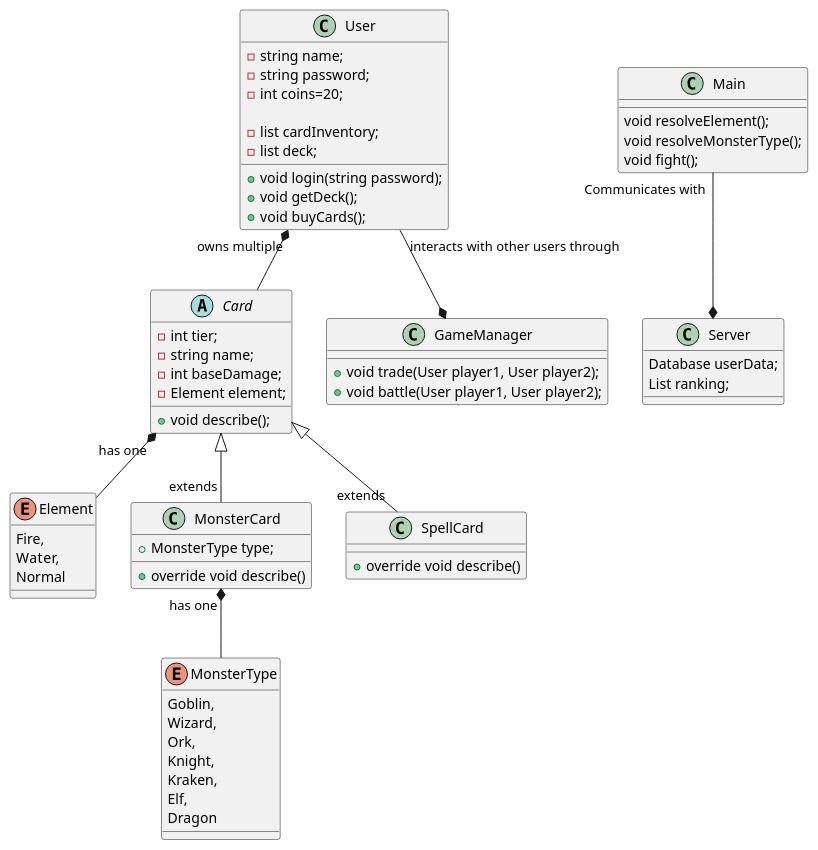
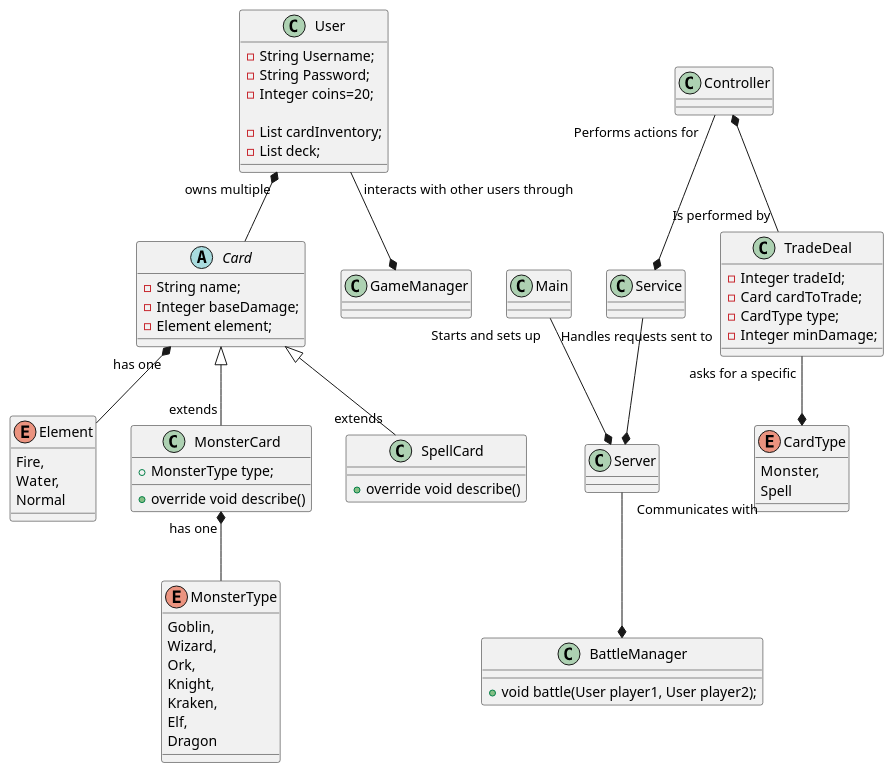
The diagram in src/main/java/test.puml (pjn2003/MCTG), drawn with PlantUML before and after one commit. The commit also changed 67 other files, not shown here.

```diff
--- a/src/main/java/test.puml
+++ b/src/main/java/test.puml
@@ -1,86 +1,113 @@
 @startuml
 class User {
--string name;
--string password;
--int coins=20;
+-String Username;
+-String Password;
+-Integer coins=20;
 
--list cardInventory;
--list deck;
-+void login(string password);
-+void getDeck();
-+void buyCards();
+-List cardInventory;
+-List deck;
 }
 
 enum Element{
 Fire,
 Water,
 Normal
 }
 
 abstract class Card
 {
 
--int tier;
--string name;
--int baseDamage;
+
+-String name;
+-Integer baseDamage;
 -Element element;
 
-+void describe();
+
 
 }
 
-class GameManager
+class BattleManager
 {
-    +void trade(User player1, User player2);
+
     +void battle(User player1, User player2);
 }
 
 class Main
 {
-    void resolveElement();
-    void resolveMonsterType();
-    void fight();
+
+}
+enum CardType
+{
+        Monster,
+        Spell
+}
+class TradeDeal
+{
+
+
+
+    -Integer tradeId;
+    -Card cardToTrade;
+    -CardType type;
+    -Integer minDamage;
+
 }
 
 
 enum MonsterType
 {
     Goblin,
         Wizard,
         Ork,
         Knight,
         Kraken,
         Elf,
         Dragon
 }
 
 class MonsterCard
 {
 +MonsterType type;
 +override void describe()
 }
 class SpellCard
 {
 +override void describe()
 }
 
 class Server
 {
-   Database userData;
-   List ranking;
+
 }
+
+class Service
+{
+
+}
+
+class Controller
+{
+
+}
+
 
 
 Card <|-- "extends" MonsterCard
 Card <|-- "extends" SpellCard
 
 User "owns multiple" *-- Card
 Card "has one" *-- Element
 
 MonsterCard "has one" *-- MonsterType
 User "interacts with other users through" --* GameManager
 
-Main "Communicates with" --* Server
+Main "Starts and sets up" --* Server
+Server "Communicates with" --* BattleManager
 
+Controller "Performs actions for" --* Service
+Controller *-- "Is performed by" TradeDeal
+Service "Handles requests sent to" --* Server
+
+TradeDeal "asks for a specific" --* CardType
 
 @enduml
```
